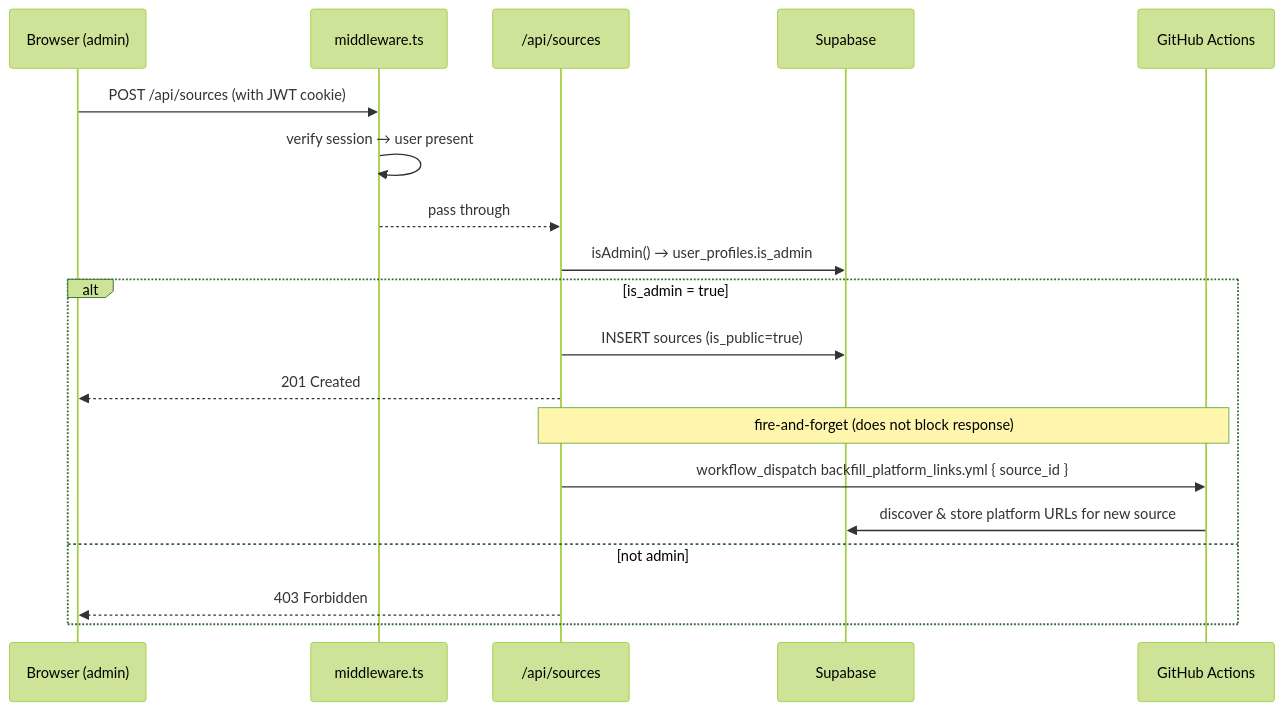
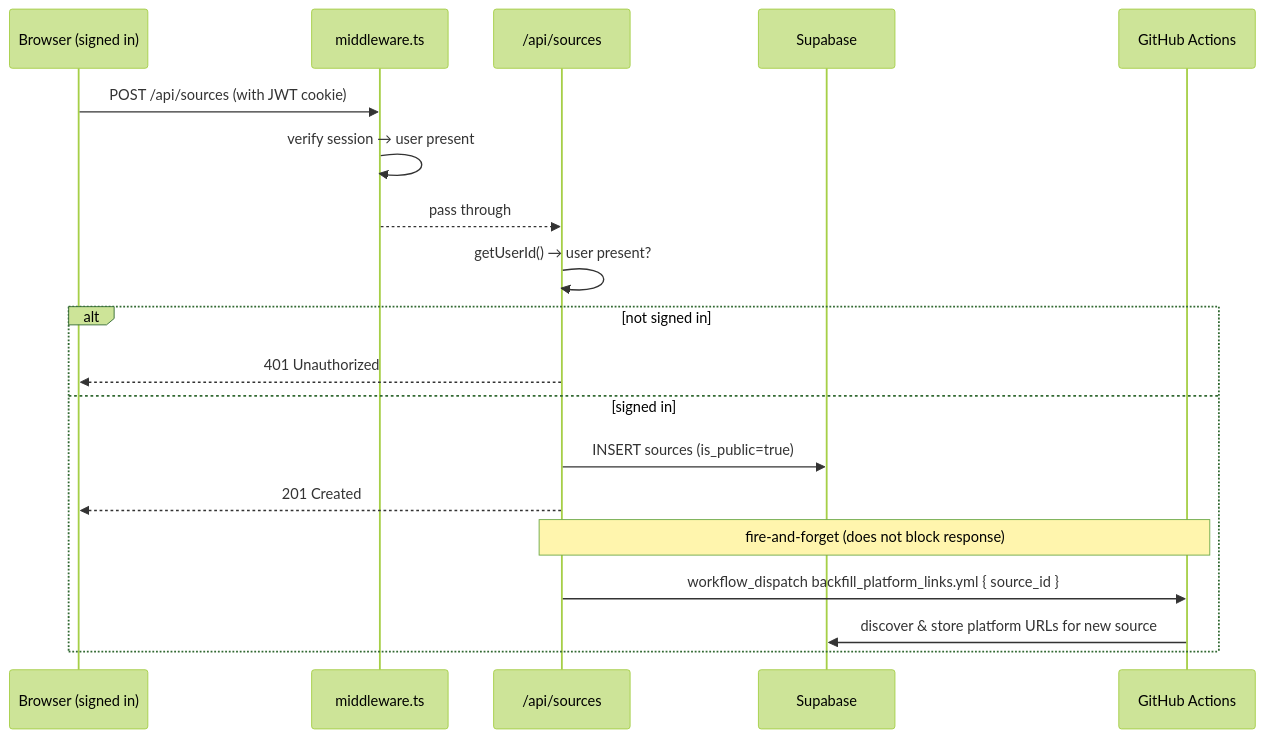
Diagram 12 of 20 in docs/request-workflow.md (vtghub/PodcastsSummarizer), drawn with Mermaid (forest theme) before and after one commit. The commit also changed other lines of this file and 1 other file, not shown here.

Commit message:
docs: fix stale admin-only labels in architecture and workflow diagrams post-PR #177
- architecture.md: /api/sources node was labeled 'admin only'; POST now
  requires any authenticated user (getUserId), only PATCH/DELETE remain admin
- request-workflow.md: diagram 12 retitled from 'Admin Source Management' to
  'Add Podcast (Authenticated Source Management)'; replaced isAdmin() check
  and 403 response with getUserId() check and 401 for unauthenticated users

````diff
--- a/docs/request-workflow.md
+++ b/docs/request-workflow.md
@@ -379,22 +379,22 @@
 ```mermaid
 sequenceDiagram
-    participant B as Browser (admin)
+    participant B as Browser (signed in)
     participant MW as middleware.ts
     participant API as /api/sources
     participant DB as Supabase
     participant GH as GitHub Actions
 
     B->>MW: POST /api/sources (with JWT cookie)
     MW->>MW: verify session → user present
     MW-->>API: pass through
-    API->>DB: isAdmin() → user_profiles.is_admin
-    alt is_admin = true
+    API->>API: getUserId() → user present?
+    alt not signed in
+        API-->>B: 401 Unauthorized
+    else signed in
         API->>DB: INSERT sources (is_public=true)
         API-->>B: 201 Created
         Note over API,GH: fire-and-forget (does not block response)
         API->>GH: workflow_dispatch backfill_platform_links.yml { source_id }
         GH->>DB: discover & store platform URLs for new source
-    else not admin
-        API-->>B: 403 Forbidden
     end
 ```
````
